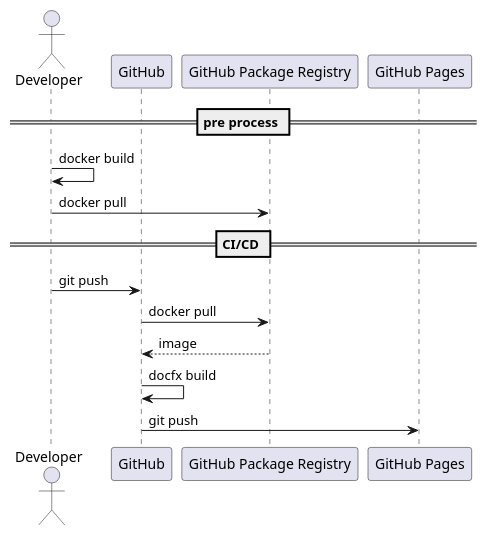
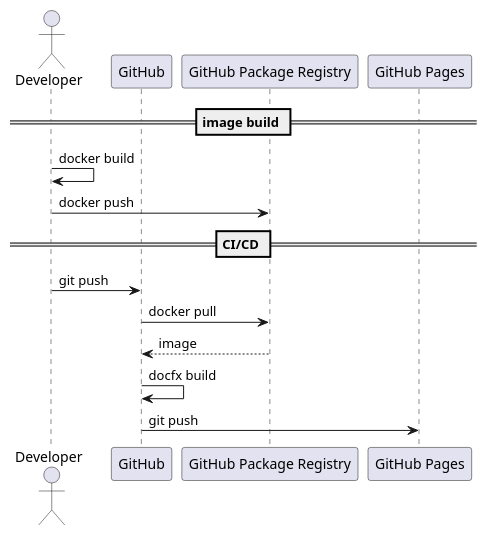
Before and after one commit to tikK80369/aspnet-on-the-cloud: the diagram in docfx-documentation/docfx/documents/DocFX.md, drawn with PlantUML. The commit also changed other lines of this file and 2 other files, not shown here.

````diff
--- a/docfx-documentation/docfx/documents/DocFX.md
+++ b/docfx-documentation/docfx/documents/DocFX.md
@@ -203,19 +257,19 @@
 ```plantuml
 @startuml CI
 actor "Developer" as DP
 participant "GitHub" as GH
 participant "GitHub Package Registry" as GPR
 participant "GitHub Pages" as GP
 
-== pre process ==
+== image build ==
 DP -> DP: docker build
-DP -> GPR: docker pull
+DP -> GPR: docker push
 
 == CI/CD ==
 DP -> GH: git push
 GH -> GPR: docker pull
 GPR --> GH: image
 GH -> GH: docfx build
 GH -> GP: git push
 @enduml
 ```
````
